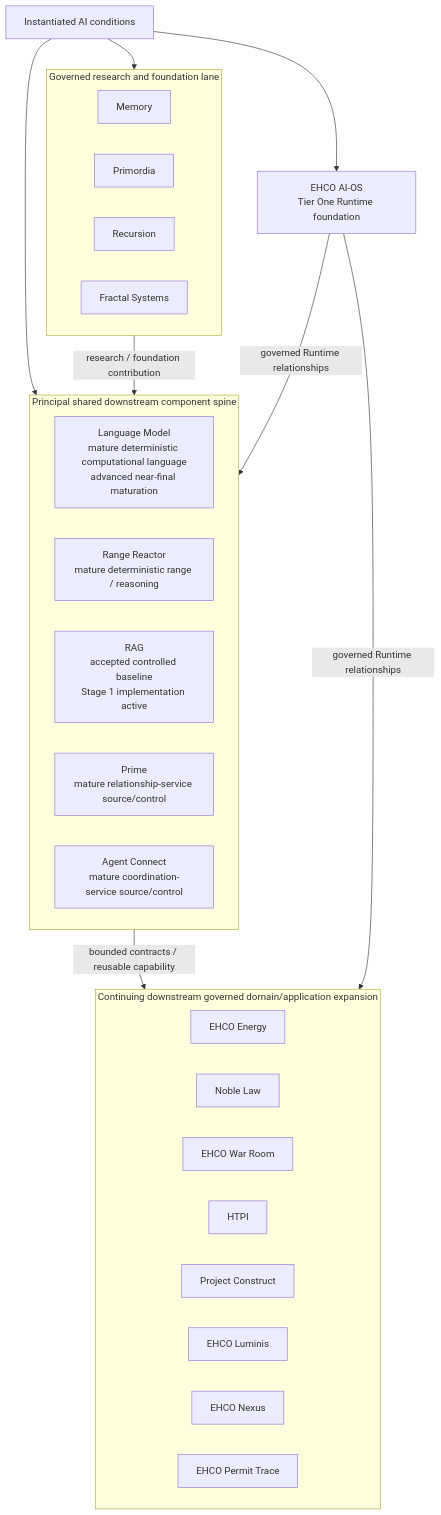
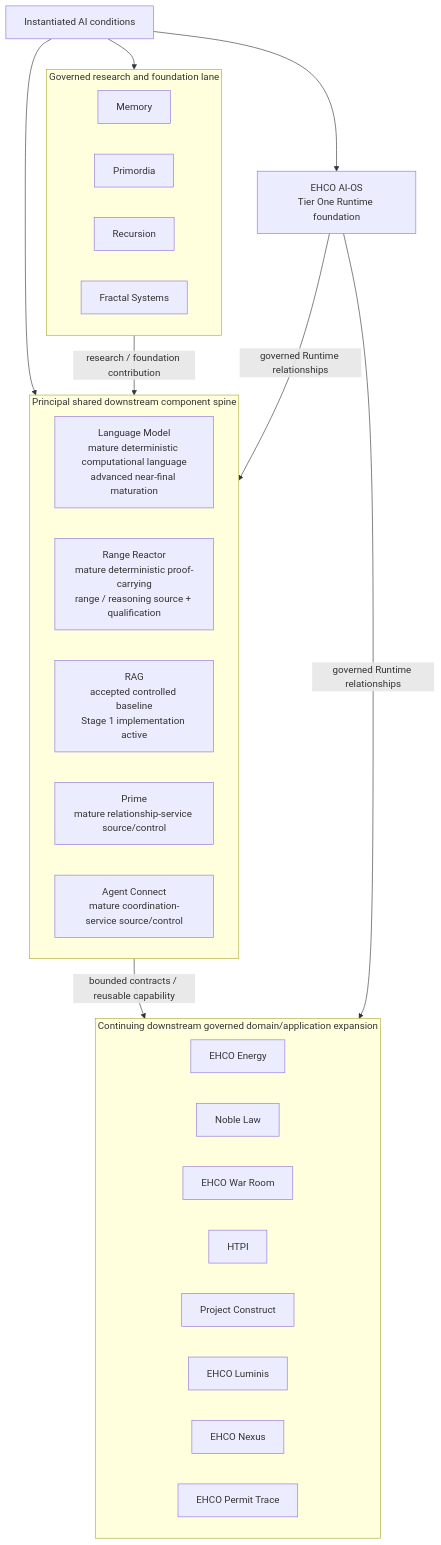
Before and after one commit to EHCOnomics-Systems/EHCOsystem: the third of 4 diagrams in architecture/diagrams/README.md, drawn with Mermaid. The commit also changed other lines of this file and 15 other files, not shown here.

Commit message:
Add Range Reactor public capability and evidence route

````diff
--- a/architecture/diagrams/README.md
+++ b/architecture/diagrams/README.md
@@ -67,39 +67,39 @@
 ```mermaid
 flowchart TD
     CAT[Instantiated AI conditions]
     RT[EHCO AI-OS<br/>Tier One Runtime foundation]
 
     subgraph Spine[Principal shared downstream component spine]
         LM[Language Model<br/>mature deterministic computational language<br/>advanced near-final maturation]
-        RR[Range Reactor<br/>mature deterministic range / reasoning]
+        RR[Range Reactor<br/>mature deterministic proof-carrying<br/>range / reasoning source + qualification]
         RAG[RAG<br/>accepted controlled baseline<br/>Stage 1 implementation active]
         PRIME[Prime<br/>mature relationship-service source/control]
         AC[Agent Connect<br/>mature coordination-service source/control]
     end
 
     subgraph Research[Governed research and foundation lane]
         MEM[Memory]
         PRIM[Primordia]
         REC[Recursion]
         FRA[Fractal Systems]
     end
 
     subgraph Apps[Continuing downstream governed domain/application expansion]
         EN[EHCO Energy]
         NL[Noble Law]
         WR[EHCO War Room]
         H[HTPI]
         PC[Project Construct]
         LU[EHCO Luminis]
         N[EHCO Nexus]
         PT[EHCO Permit Trace]
     end
 
     CAT --> RT
     CAT --> Spine
     CAT --> Research
     Spine -->|bounded contracts / reusable capability| Apps
     Research -->|research / foundation contribution| Spine
     RT -->|governed Runtime relationships| Spine
     RT -->|governed Runtime relationships| Apps
 ```
````
